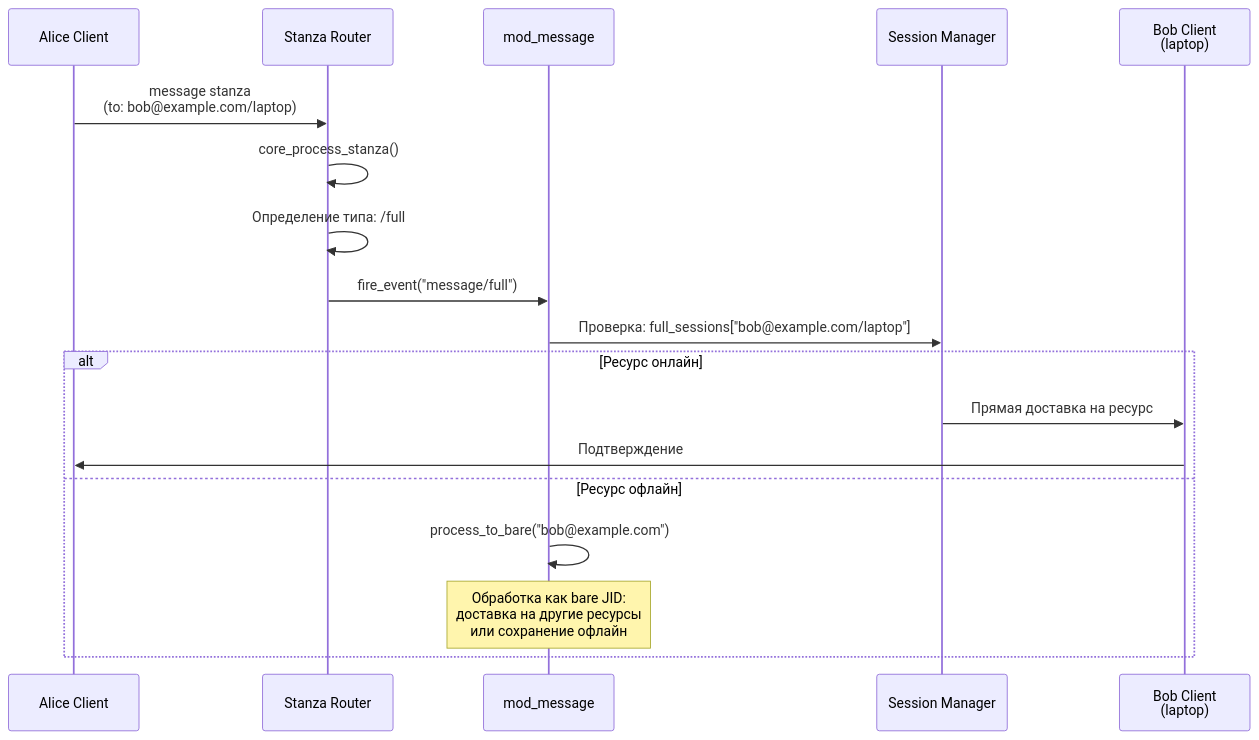
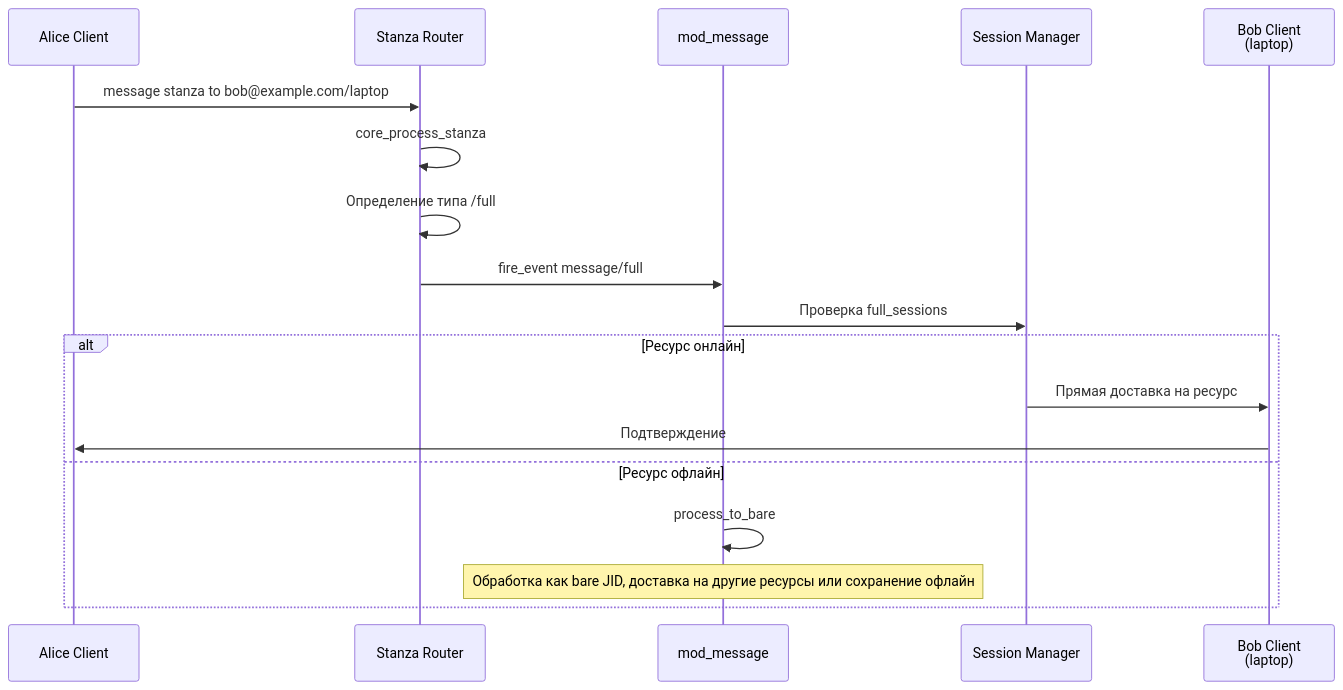
One commit to antirek/chats-analysis changed the third of 5 diagrams in prosody/message-flow.md. Above: the diagram before and after it, drawn with Mermaid. The commit also changed other lines of this file and 1 other file, not shown here.

````diff
--- a/prosody/message-flow.md
+++ b/prosody/message-flow.md
@@ -256,25 +256,25 @@
 ```mermaid
 sequenceDiagram
     participant A as Alice Client
     participant SR as Stanza Router
     participant MSG as mod_message
     participant SM as Session Manager
     participant B as Bob Client<br/>(laptop)
     
-    A->>SR: message stanza<br/>(to: bob@example.com/laptop)
+    A->>SR: message stanza to bob@example.com/laptop
     
-    SR->>SR: core_process_stanza()
-    SR->>SR: Определение типа: /full
+    SR->>SR: core_process_stanza
+    SR->>SR: Определение типа /full
     
-    SR->>MSG: fire_event("message/full")
+    SR->>MSG: fire_event message/full
     
-    MSG->>SM: Проверка: full_sessions["bob@example.com/laptop"]
+    MSG->>SM: Проверка full_sessions
     
     alt Ресурс онлайн
         SM->>B: Прямая доставка на ресурс
         B->>A: Подтверждение
     else Ресурс офлайн
-        MSG->>MSG: process_to_bare("bob@example.com")
-        Note over MSG: Обработка как bare JID:<br/>доставка на другие ресурсы<br/>или сохранение офлайн
+        MSG->>MSG: process_to_bare
+        Note over MSG: Обработка как bare JID, доставка на другие ресурсы или сохранение офлайн
     end
 ```
````
